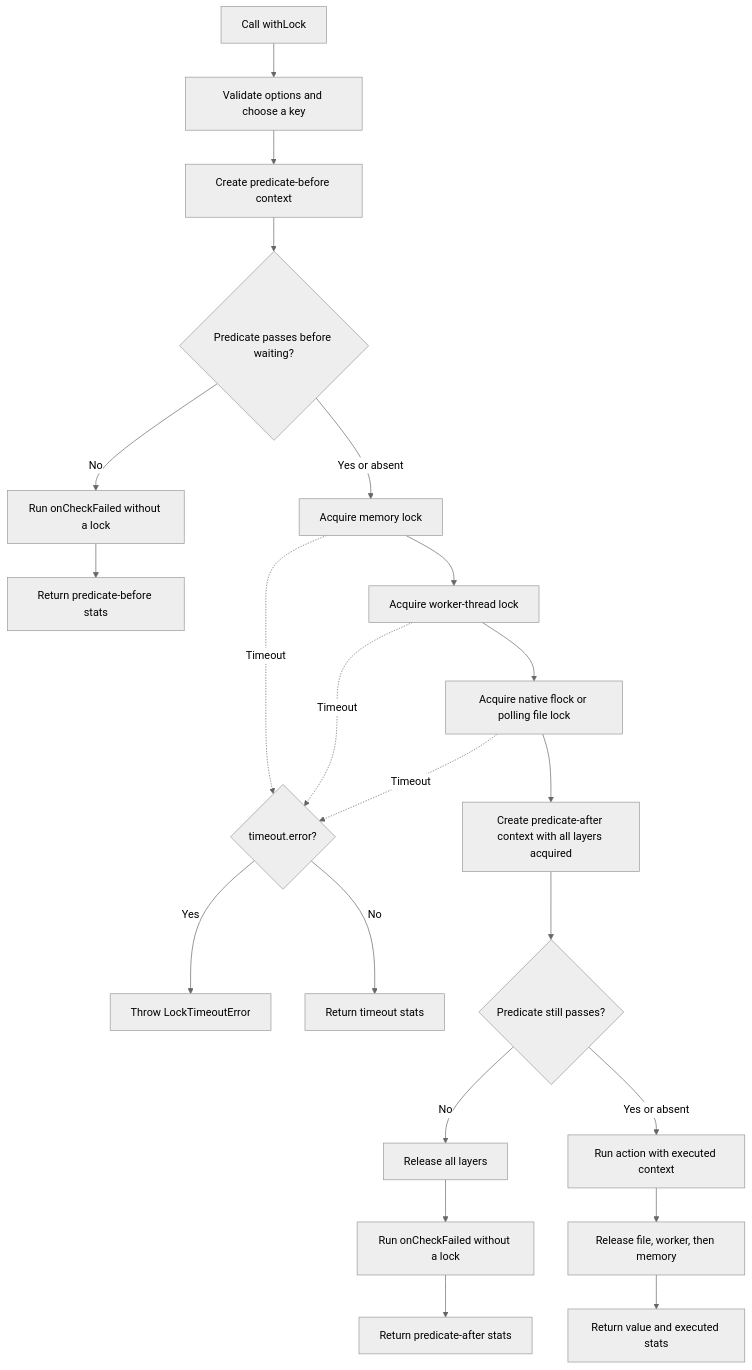
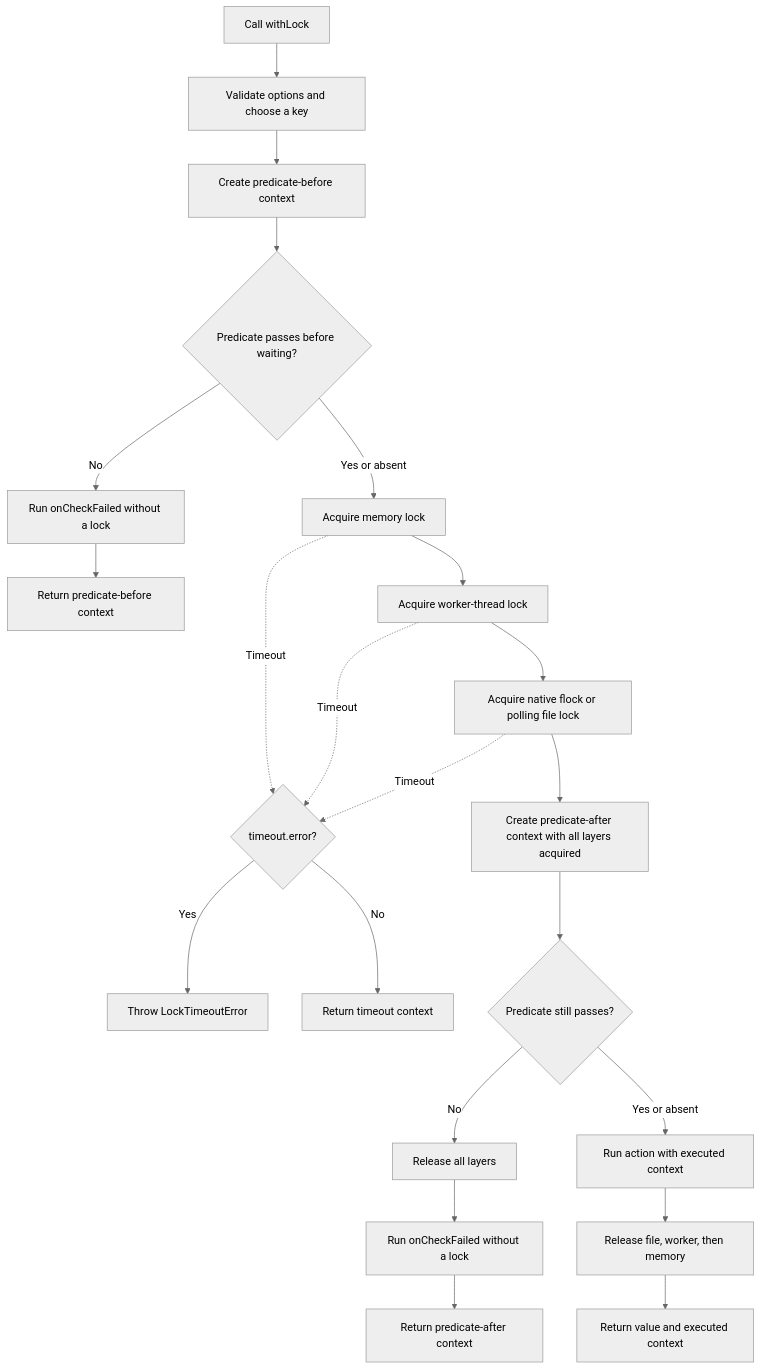
Before and after one commit to regbo/lfp-common: the second of 3 diagrams in README.md, drawn with Mermaid (neutral theme). The commit also changed other lines of this file and 4 other files, not shown here.

Commit message:
refactor: return lock attempt context

````diff
--- a/README.md
+++ b/README.md
@@ -103,24 +103,24 @@
 ```mermaid
 flowchart TD
     call["Call withLock"] --> options["Validate options and choose a key"]
     options --> checking["Create predicate-before context"]
     checking --> before{"Predicate passes before waiting?"}
     before -- "No" --> failedBefore["Run onCheckFailed without a lock"]
-    failedBefore --> skippedBefore["Return predicate-before stats"]
+    failedBefore --> skippedBefore["Return predicate-before context"]
     before -- "Yes or absent" --> memory["Acquire memory lock"]
     memory --> worker["Acquire worker-thread lock"]
     worker --> file["Acquire native flock or polling file lock"]
     memory -. "Timeout" .-> timeout{"timeout.error?"}
     worker -. "Timeout" .-> timeout
     file -. "Timeout" .-> timeout
     timeout -- "Yes" --> timeoutError["Throw LockTimeoutError"]
-    timeout -- "No" --> timeoutResult["Return timeout stats"]
+    timeout -- "No" --> timeoutResult["Return timeout context"]
     file --> acquired["Create predicate-after context with all layers acquired"]
     acquired --> after{"Predicate still passes?"}
     after -- "No" --> releaseFailed["Release all layers"]
     releaseFailed --> failedAfter["Run onCheckFailed without a lock"]
-    failedAfter --> skippedAfter["Return predicate-after stats"]
+    failedAfter --> skippedAfter["Return predicate-after context"]
     after -- "Yes or absent" --> action["Run action with executed context"]
     action --> release["Release file, worker, then memory"]
-    release --> result["Return value and executed stats"]
+    release --> result["Return value and executed context"]
 ```
````
